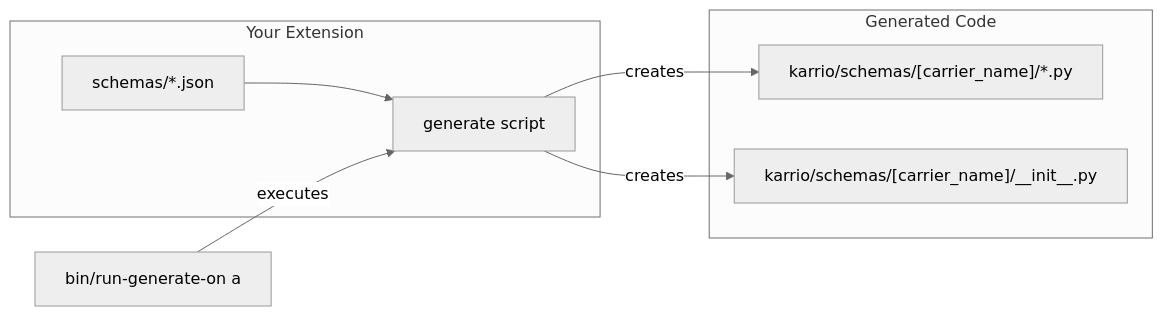
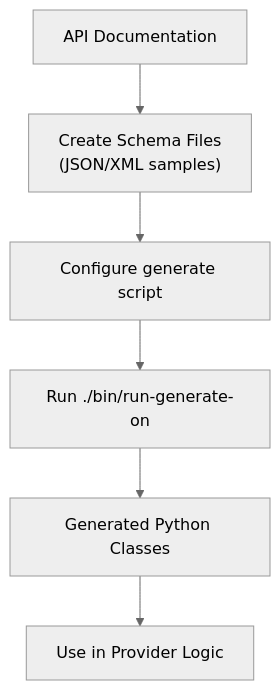
Before and after one commit to karrioapi/karrio: the diagram in apps/web/src/app/docs/developing/carrier-integration/schema-generation/page.mdx, drawn with Mermaid (neutral theme). The commit also changed other lines of this file and 31 other files, not shown here.

````diff
--- a/apps/web/src/app/docs/developing/carrier-integration/schema-generation/page.mdx
+++ b/apps/web/src/app/docs/developing/carrier-integration/schema-generation/page.mdx
@@ -70,17 +21,8 @@
 ```mermaid
-graph LR
-    subgraph Your Extension
-        A["schemas/*.json"]
-        B["generate script"]
-    end
-    C["bin/run-generate-on a"]
-    subgraph Generated Code
-        D["karrio/schemas/[carrier_name]/*.py"]
-        E["karrio/schemas/[carrier_name]/__init__.py"]
-    end
-
-    A --> B
-    C -- executes --> B
-    B -- creates --> D
-    B -- creates --> E
+flowchart TD
+    A["API Documentation"] --> B["Create Schema Files<br/>(JSON/XML samples)"]
+    B --> C["Configure generate script"]
+    C --> D["Run ./bin/run-generate-on"]
+    D --> E["Generated Python Classes"]
+    E --> F["Use in Provider Logic"]
 ```
````
